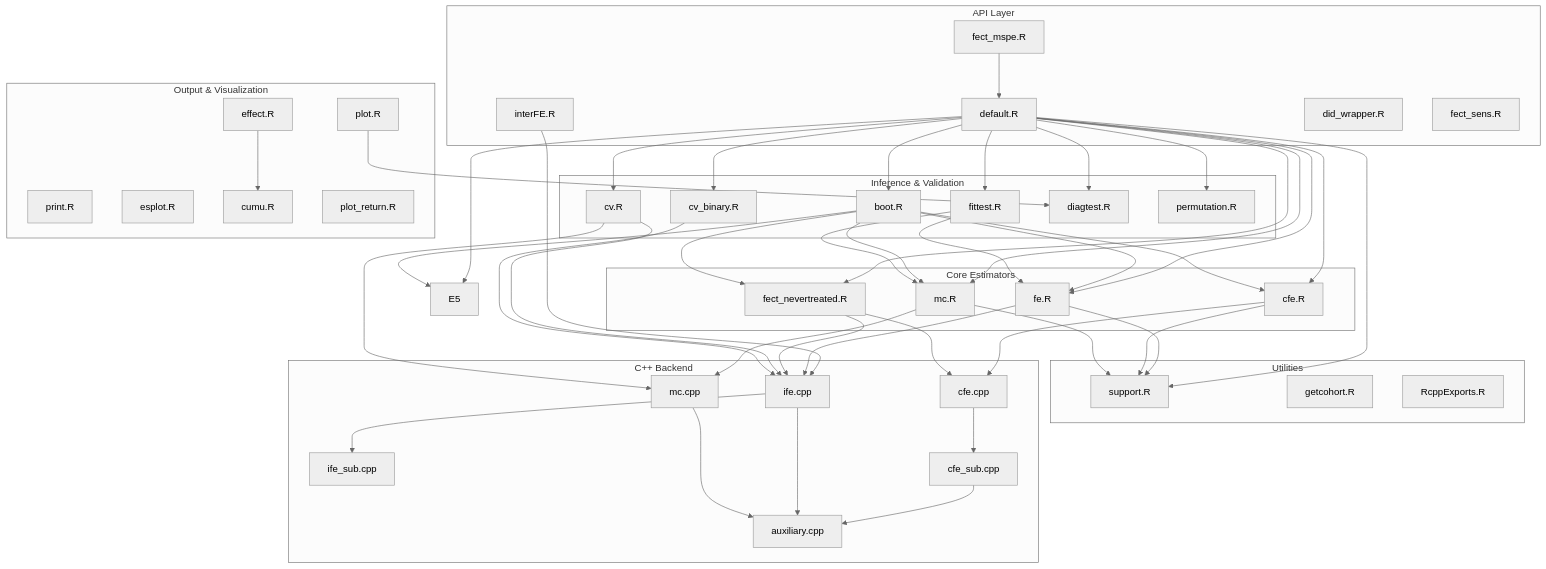
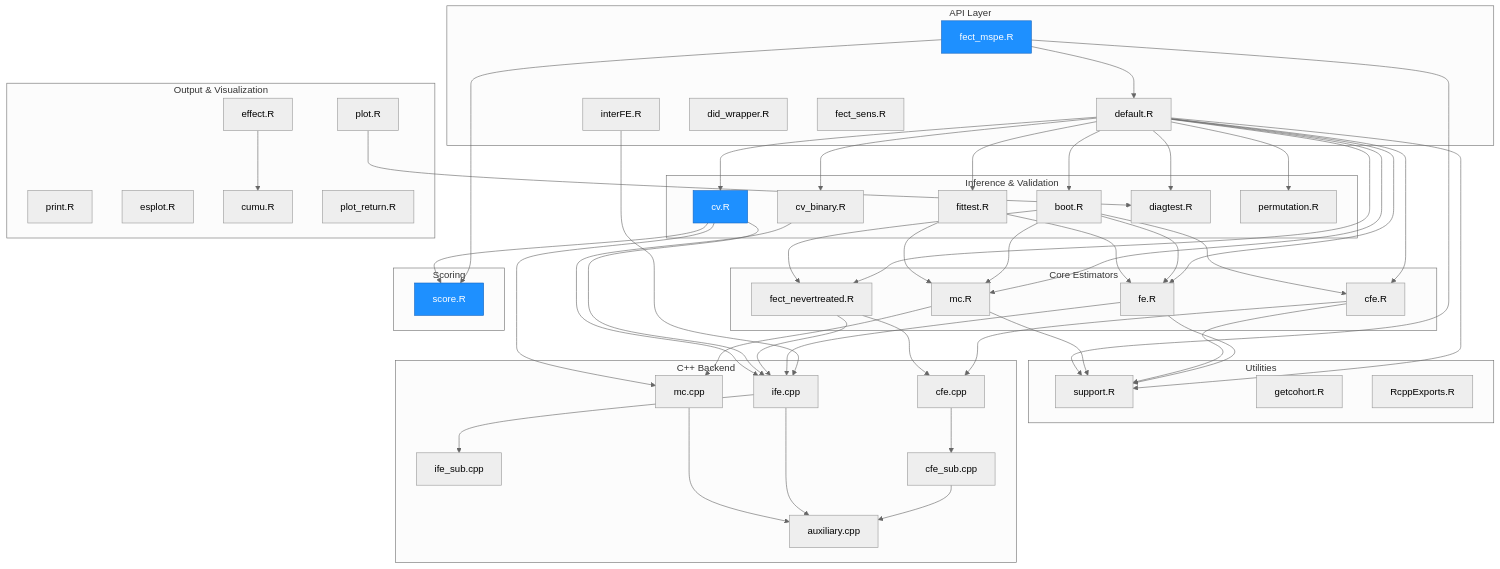
The first of 5 diagrams in architecture.md (xuyiqing/fect), drawn with Mermaid before and after one commit. The commit also changed other lines of this file and 12 other files, not shown here.

First line of the commit message:
refactor: unify CV scoring with shared .score_residuals()

````diff
--- a/architecture.md
+++ b/architecture.md
@@ -35,6 +35,10 @@
         I4["fittest.R"]
         I5["diagtest.R"]
         I6["permutation.R"]
+    end
+
+    subgraph Scoring["Scoring"]
+        SC1["score.R"]
     end
 
     subgraph Output["Output & Visualization"]
@@ -65,7 +69,6 @@
     A1 --> E2
     A1 --> E3
     A1 --> E4
-    A1 --> E5
     A1 --> I1
     A1 --> I2
     A1 --> I3
@@ -74,6 +77,7 @@
     A1 --> I6
     A1 --> U1
     A4 --> A1
+    A4 --> SC1
     A2 --> C1
     E1 --> U1
     E2 --> U1
@@ -87,12 +91,12 @@
     I1 --> E2
     I1 --> E3
     I1 --> E4
-    I1 --> E5
+    I2 --> C1
+    I2 --> C3
+    I2 --> SC1
+    I3 --> C1
     I4 --> E1
     I4 --> E3
-    I2 --> C1
-    I2 --> C3
-    I3 --> C1
     O1 --> I5
     O4 --> O5
     C2 --> C2s
@@ -100,4 +104,9 @@
     C2s --> C7
     C1 --> C7
     C3 --> C7
+    A4 --> U1
+
+    style SC1 fill:#1e90ff,stroke:#1565c0,color:#fff
+    style A4 fill:#1e90ff,stroke:#1565c0,color:#fff
+    style I2 fill:#1e90ff,stroke:#1565c0,color:#fff
 ```
````
